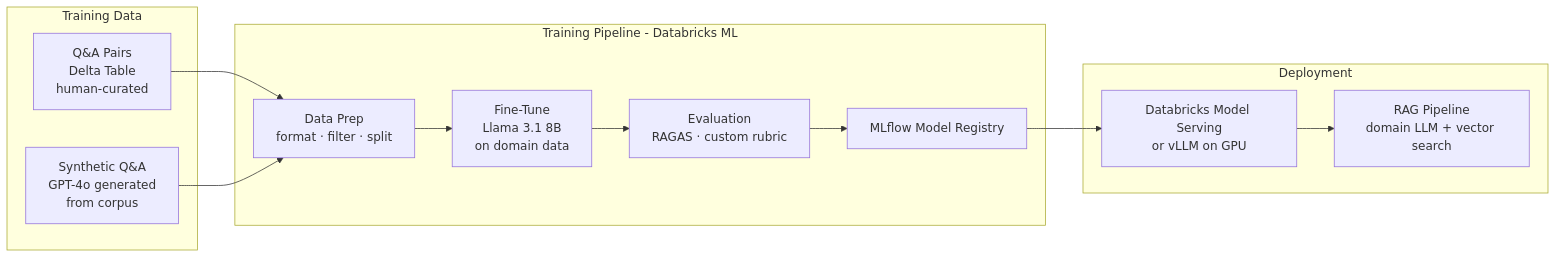
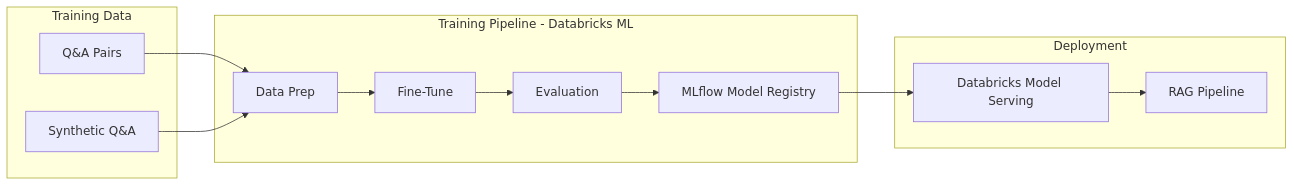
The fourth of 4 diagrams in 11-ai-data-engineering/08-ai-de-reference-architectures.md (gcmishra7/data-engineering-helper), drawn with Mermaid before and after one commit. The commit also changed other lines of this file and 57 other files, not shown here.

First line of the commit message:
Shorten mermaid node labels to fix text truncation on GitHub

````diff
--- a/11-ai-data-engineering/08-ai-de-reference-architectures.md
+++ b/11-ai-data-engineering/08-ai-de-reference-architectures.md
@@ -127,21 +165,21 @@
 ```mermaid
 graph LR
     subgraph Training Data
-        QDELTA[Q&A Pairs<br/>Delta Table<br/>human-curated]
-        SYNTHETIC[Synthetic Q&A<br/>GPT-4o generated<br/>from corpus]
+        QDELTA[Q&A Pairs]
+        SYNTHETIC[Synthetic Q&A]
     end
     subgraph Training Pipeline - Databricks ML
-        PREP[Data Prep<br/>format · filter · split]
-        FINETUNE[Fine-Tune<br/>Llama 3.1 8B<br/>on domain data]
-        EVAL[Evaluation<br/>RAGAS · custom rubric]
+        PREP[Data Prep]
+        FINETUNE[Fine-Tune]
+        EVAL[Evaluation]
         MR[MLflow Model Registry]
     end
     subgraph Deployment
-        SERVING[Databricks Model Serving<br/>or vLLM on GPU]
-        RAG2[RAG Pipeline<br/>domain LLM + vector search]
+        SERVING[Databricks Model Serving]
+        RAG2[RAG Pipeline]
     end
 
     QDELTA --> PREP
     SYNTHETIC --> PREP
     PREP --> FINETUNE --> EVAL --> MR --> SERVING --> RAG2
 ```
````
